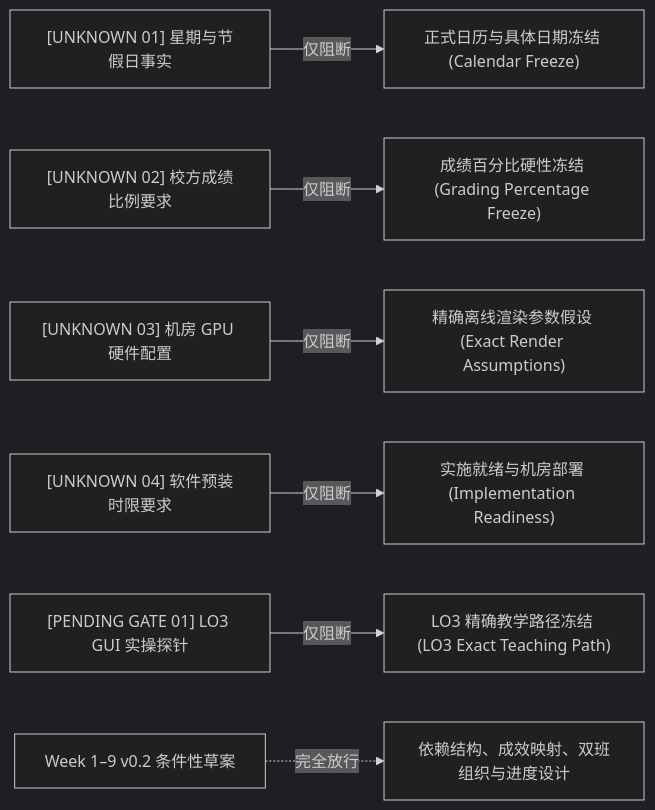
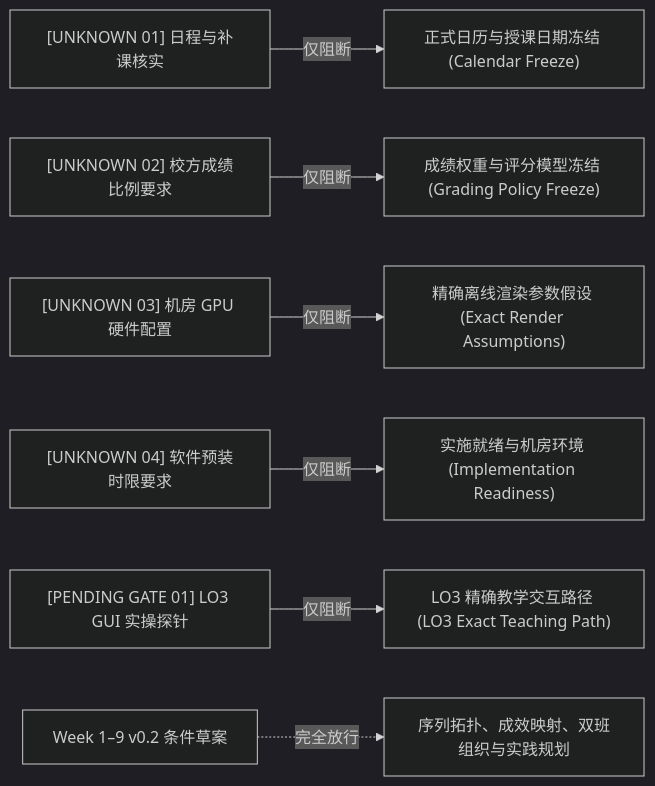
One commit to carllx/corso-pbr-materials changed the first of 2 diagrams in docs/research/week1-9-conditional-planning-draft-v0.2.md. Above: the diagram before and after it, drawn with Mermaid (dark theme). The commit also changed other lines of this file and 1 other file, not shown here.

Commit message:
docs(curriculum): harden week 1-9 draft v0.2 and sync course design ledger

````diff
--- a/docs/research/week1-9-conditional-planning-draft-v0.2.md
+++ b/docs/research/week1-9-conditional-planning-draft-v0.2.md
@@ -74,10 +75,10 @@
 ```mermaid
 flowchart LR
-  U1["[UNKNOWN 01] 星期与节假日事实"] -->|仅阻断| G1["正式日历与具体日期冻结 (Calendar Freeze)"]
-  U2["[UNKNOWN 02] 校方成绩比例要求"] -->|仅阻断| G2["成绩百分比硬性冻结 (Grading Percentage Freeze)"]
+  U1["[UNKNOWN 01] 日程与补课核实"] -->|仅阻断| G1["正式日历与授课日期冻结 (Calendar Freeze)"]
+  U2["[UNKNOWN 02] 校方成绩比例要求"] -->|仅阻断| G2["成绩权重与评分模型冻结 (Grading Policy Freeze)"]
   U3["[UNKNOWN 03] 机房 GPU 硬件配置"] -->|仅阻断| G3["精确离线渲染参数假设 (Exact Render Assumptions)"]
-  U4["[UNKNOWN 04] 软件预装时限要求"] -->|仅阻断| G4["实施就绪与机房部署 (Implementation Readiness)"]
-  P1["[PENDING GATE 01] LO3 GUI 实操探针"] -->|仅阻断| G5["LO3 精确教学路径冻结 (LO3 Exact Teaching Path)"]
+  U4["[UNKNOWN 04] 软件预装时限要求"] -->|仅阻断| G4["实施就绪与机房环境 (Implementation Readiness)"]
+  P1["[PENDING GATE 01] LO3 GUI 实操探针"] -->|仅阻断| G5["LO3 精确教学交互路径 (LO3 Exact Teaching Path)"]
 
-  v02["Week 1–9 v0.2 条件性草案"] -.->|完全放行| Work["依赖结构、成效映射、双班组织与进度设计"]
+  v02["Week 1–9 v0.2 条件草案"] -.->|完全放行| Work["序列拓扑、成效映射、双班组织与实践规划"]
 ```
````
